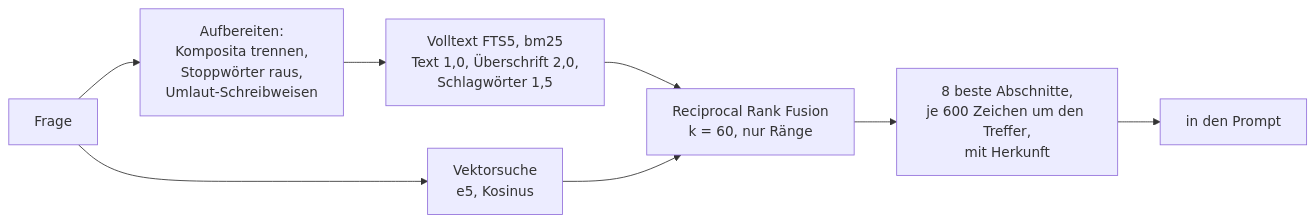
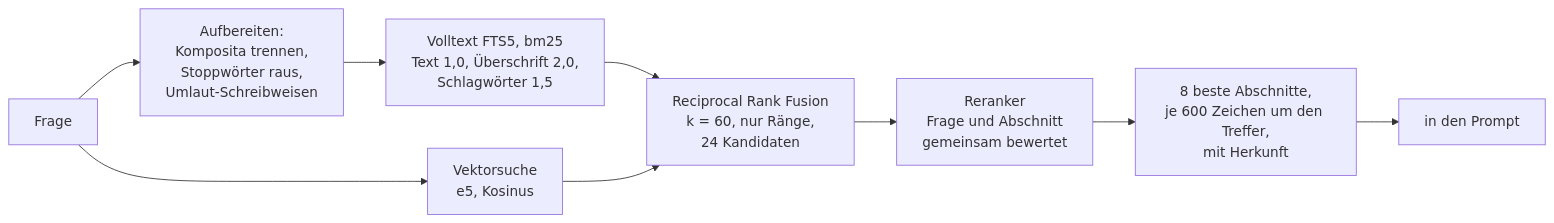
Before and after one commit to DG1001/kihiwi: the fifth of 7 diagrams in ARCHITEKTUR.md, drawn with Mermaid. The commit also changed other lines of this file and 6 other files, not shown here.

````diff
--- a/ARCHITEKTUR.md
+++ b/ARCHITEKTUR.md
@@ -207,10 +210,11 @@
 ```mermaid
 flowchart LR
   F["Frage"] --> P["Aufbereiten:<br>Komposita trennen,<br>Stoppwörter raus,<br>Umlaut-Schreibweisen"]
   P --> V1["Volltext FTS5, bm25<br>Text 1,0, Überschrift 2,0,<br>Schlagwörter 1,5"]
   F --> V2["Vektorsuche<br>e5, Kosinus"]
-  V1 --> RRF["Reciprocal Rank Fusion<br>k = 60, nur Ränge"]
+  V1 --> RRF["Reciprocal Rank Fusion<br>k = 60, nur Ränge,<br>24 Kandidaten"]
   V2 --> RRF
-  RRF --> AUS["8 beste Abschnitte,<br>je 600 Zeichen um den Treffer,<br>mit Herkunft"]
+  RRF --> RR["Reranker<br>Frage und Abschnitt<br>gemeinsam bewertet"]
+  RR --> AUS["8 beste Abschnitte,<br>je 600 Zeichen um den Treffer,<br>mit Herkunft"]
   AUS --> PR["in den Prompt"]
 ```
````
